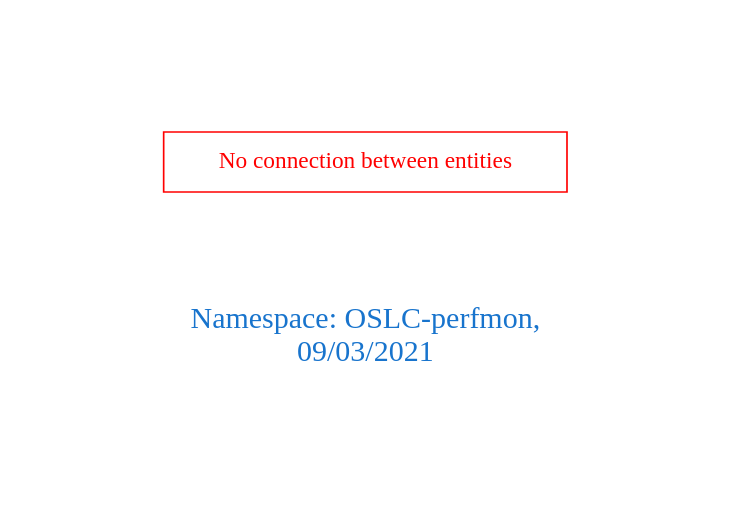
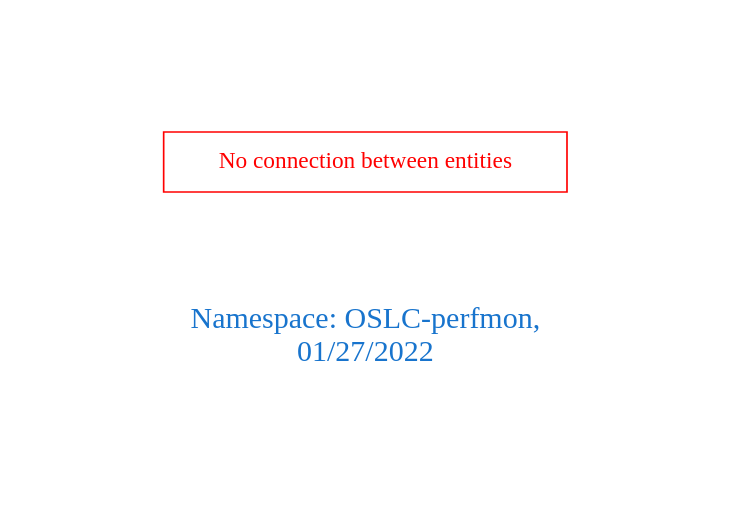
One commit to arago/OGIT changed the diagram in downloads/OSLC-perfmon.dot. Above: the diagram before and after it, drawn with Graphviz. The commit also changed 1937 other files, not shown here.

```diff
--- a/downloads/OSLC-perfmon.dot
+++ b/downloads/OSLC-perfmon.dot
@@ -1,9 +1,9 @@
 digraph OGIT_ontology {
  graph [ rankdir= LR,pad=1 
 fontsize = 18,
-fontcolor= dodgerblue3,label = "\n\n\nNamespace: OSLC-perfmon, \n 09/03/2021"];
+fontcolor= dodgerblue3,label = "\n\n\nNamespace: OSLC-perfmon, \n 01/27/2022"];
 node[shape=polygon];
 edge [  color="gray81"];
 
 "No connection between entities" [fontcolor = "red",color="red", shape="polygon"]
 }
```
